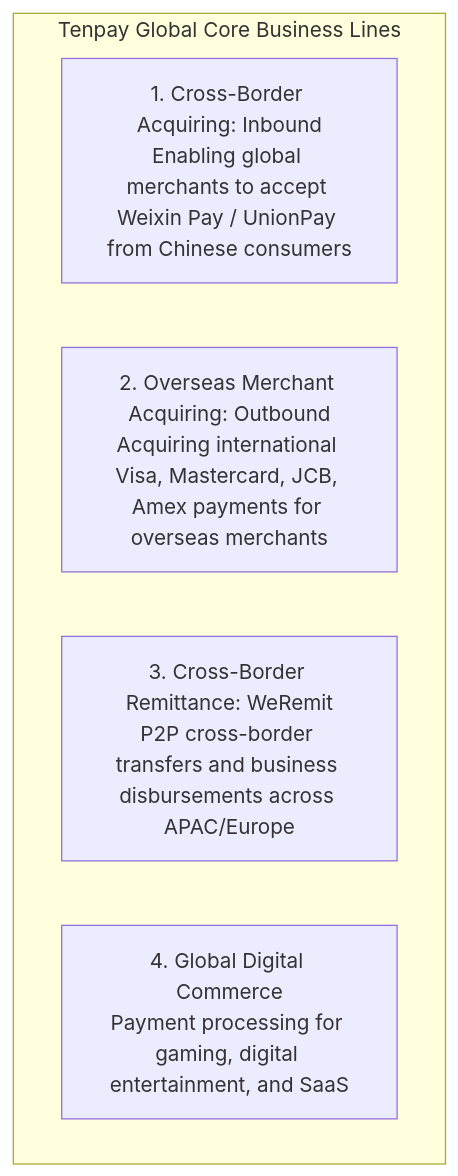
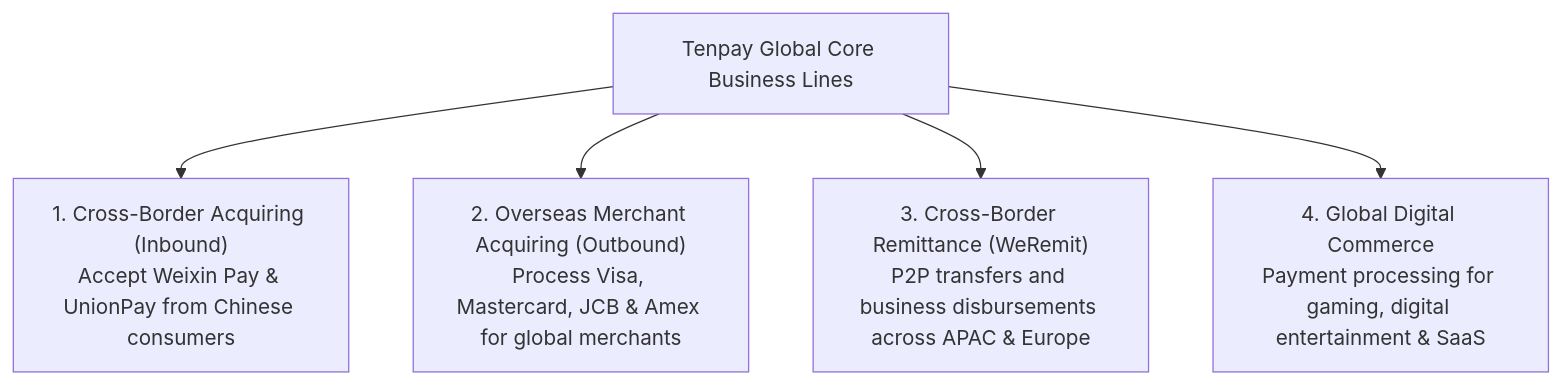
Before and after one commit to Realvincentyuan/fi_ds_interview_prep: the first of 2 diagrams in company_research/tencent/financial_crime_risk_control_manager_payments.md, drawn with Mermaid. The commit also changed other lines of this file and 10 other files, not shown here.

Commit message:
Fix Mermaid diagram syntax and quote labels across all markdown files

````diff
--- a/company_research/tencent/financial_crime_risk_control_manager_payments.md
+++ b/company_research/tencent/financial_crime_risk_control_manager_payments.md
@@ -20,9 +20,8 @@
 ```mermaid
 flowchart TD
-    subgraph Tenpay Global Core Business Lines
-        B1[1. Cross-Border Acquiring: Inbound<br/>Enabling global merchants to accept Weixin Pay / UnionPay from Chinese consumers]
-        B2[2. Overseas Merchant Acquiring: Outbound<br/>Acquiring international Visa, Mastercard, JCB, Amex payments for overseas merchants]
-        B3[3. Cross-Border Remittance: WeRemit<br/>P2P cross-border transfers and business disbursements across APAC/Europe]
-        B4[4. Global Digital Commerce<br/>Payment processing for gaming, digital entertainment, and SaaS]
-    end
+    Hub["Tenpay Global Core Business Lines"]
+    Hub --> B1["1. Cross-Border Acquiring (Inbound)<br/>Accept Weixin Pay & UnionPay from Chinese consumers"]
+    Hub --> B2["2. Overseas Merchant Acquiring (Outbound)<br/>Process Visa, Mastercard, JCB & Amex for global merchants"]
+    Hub --> B3["3. Cross-Border Remittance (WeRemit)<br/>P2P transfers and business disbursements across APAC & Europe"]
+    Hub --> B4["4. Global Digital Commerce<br/>Payment processing for gaming, digital entertainment & SaaS"]
 ```
````
